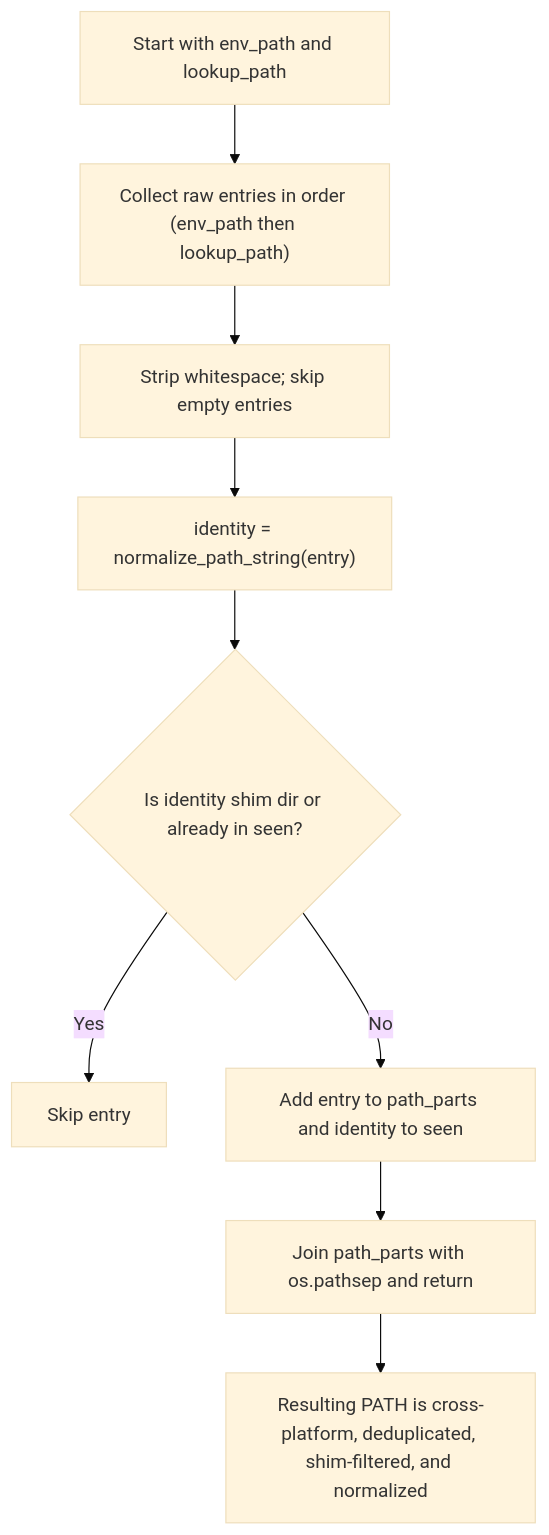
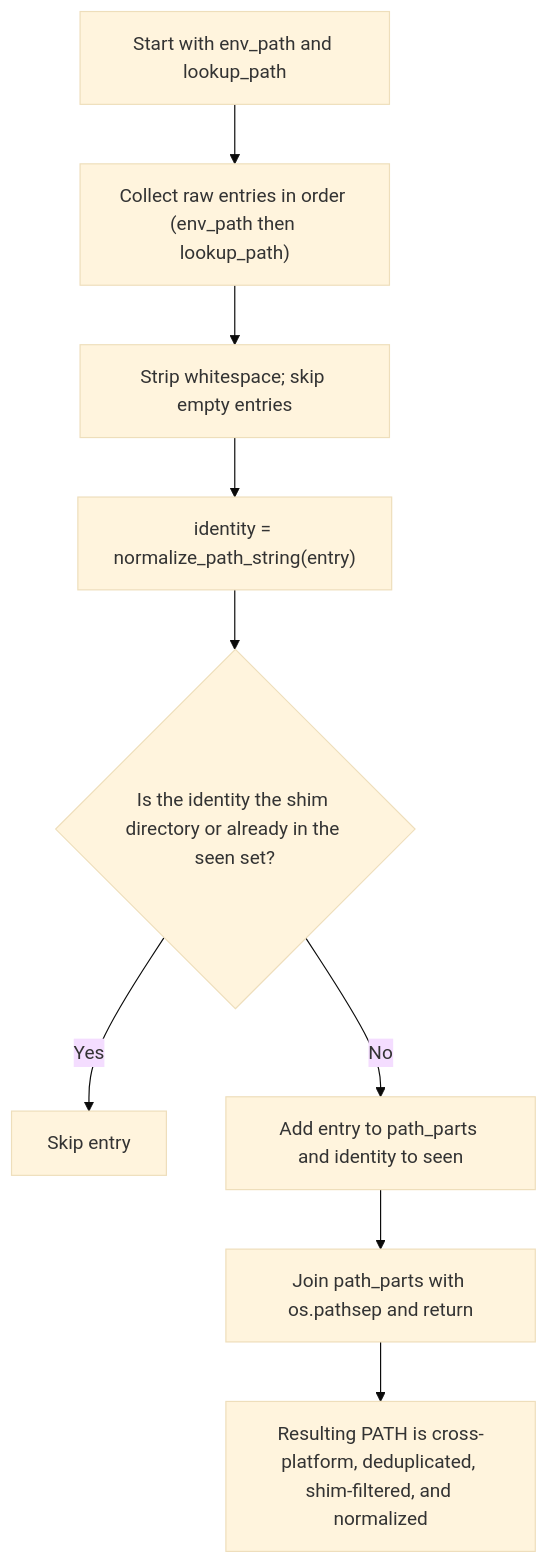
The fourth of 14 diagrams in docs/python-native-command-mocking-design.md (leynos/cmd-mox), drawn with Mermaid (base theme) before and after one commit. The commit also changed 6 other files, not shown here.

````diff
--- a/docs/python-native-command-mocking-design.md
+++ b/docs/python-native-command-mocking-design.md
@@ -602,11 +602,11 @@
 ```mermaid
 flowchart TD
     A["Start with env_path and lookup_path"] --> B["Collect raw entries in order (env_path then lookup_path)"]
     B --> C["Strip whitespace; skip empty entries"]
     C --> D["identity = normalize_path_string(entry)"]
-    D --> E{Is identity shim dir or already in seen?}
+    D --> E{Is the identity the shim directory or already in the seen set?}
     E -- "Yes" --> F["Skip entry"]
     E -- "No" --> G["Add entry to path_parts and identity to seen"]
     G --> H["Join path_parts with os.pathsep and return"]
     H --> Z["Resulting PATH is cross-platform, deduplicated, shim-filtered, and normalized"]
 ```
````
